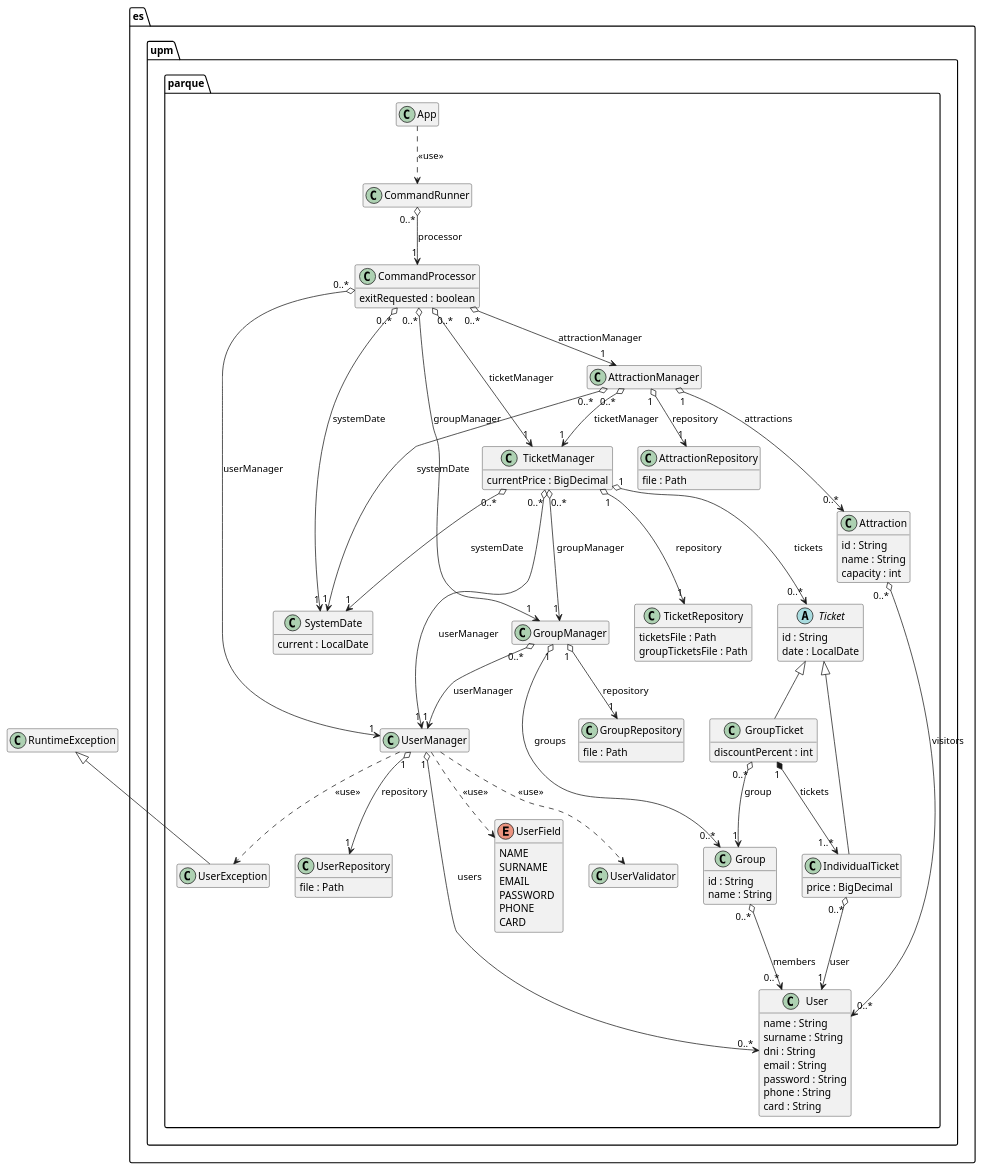
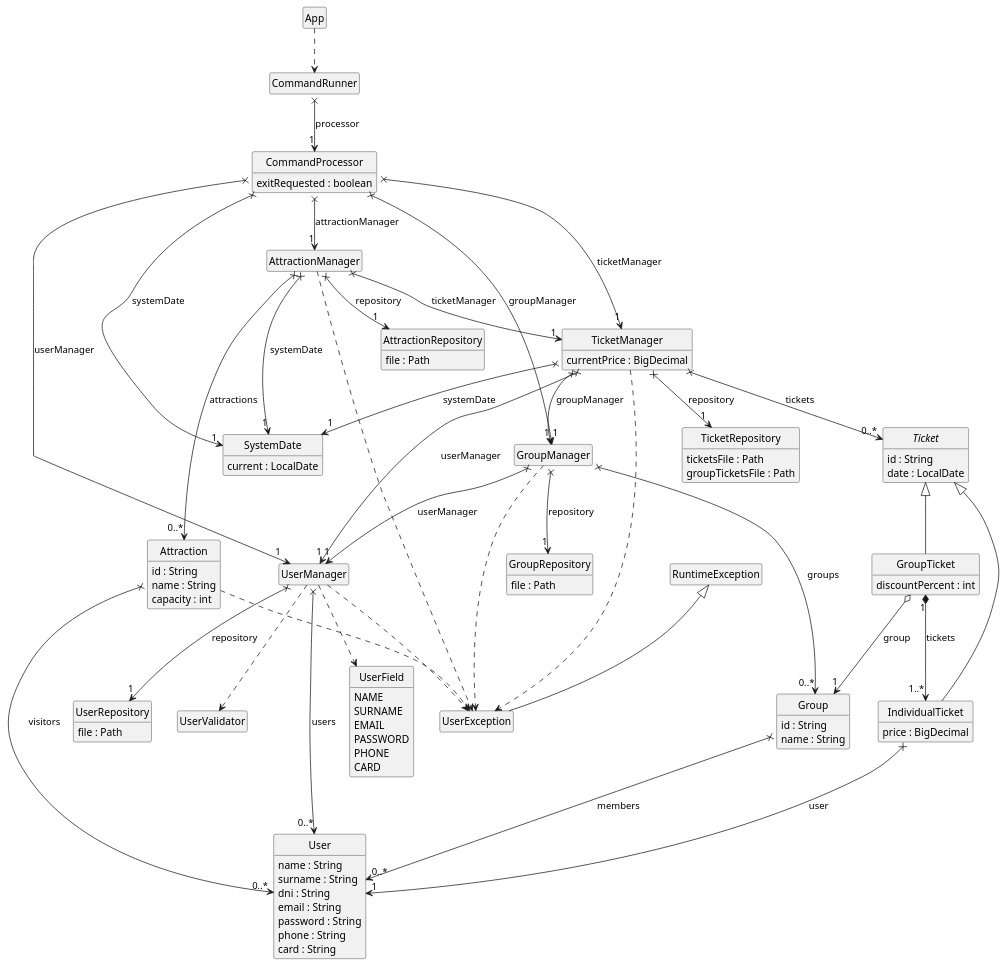
One commit to skai-upm/caise27 changed the diagram in uml/model.puml. Above: the diagram before and after it, drawn with PlantUML. The commit also changed 7 other files, not shown here.

```diff
--- a/uml/model.puml
+++ b/uml/model.puml
@@ -1,129 +1,139 @@
 @startuml model
-' Amusement park - class model (Delivery 2: users, groups, tickets, attractions, system date)
+' Amusement park - class model of the current implementation (package es.upm.parque)
 hide empty members
+hide circle
 skinparam classAttributeIconSize 0
 
-package es.upm.parque {
+class App
 
-  class App
+class CommandRunner
 
-  class CommandRunner
-
-  class CommandProcessor {
-    exitRequested : boolean
-  }
-
-  class SystemDate {
-    current : LocalDate
-  }
-
-  class UserManager
-
-  class GroupManager
-
-  class UserRepository {
-    file : Path
-  }
-
-  class GroupRepository {
-    file : Path
-  }
-
-  class TicketManager {
-    currentPrice : BigDecimal
-  }
-
-  class TicketRepository {
-    ticketsFile : Path
-    groupTicketsFile : Path
-  }
-
-  class User {
-    name : String
-    surname : String
-    dni : String
-    email : String
-    password : String
-    phone : String
-    card : String
-  }
-
-  enum UserField {
-    NAME
-    SURNAME
-    EMAIL
-    PASSWORD
-    PHONE
-    CARD
-  }
-
-  class Group {
-    id : String
-    name : String
-  }
-
-  class AttractionManager
-
-  class AttractionRepository {
-    file : Path
-  }
-
-  class Attraction {
-    id : String
-    name : String
-    capacity : int
-  }
-
-  abstract class Ticket {
-    id : String
-    date : LocalDate
-  }
-
-  class IndividualTicket {
-    price : BigDecimal
-  }
-
-  class GroupTicket {
-    discountPercent : int
-  }
-
-  class UserException
-
-  class UserValidator
+class CommandProcessor {
+  exitRequested : boolean
 }
 
-CommandRunner "0..*" o--> "1" CommandProcessor : processor
-CommandProcessor "0..*" o--> "1" UserManager : userManager
-CommandProcessor "0..*" o--> "1" GroupManager : groupManager
-CommandProcessor "0..*" o--> "1" TicketManager : ticketManager
-CommandProcessor "0..*" o--> "1" SystemDate : systemDate
-UserManager "1" o--> "1" UserRepository : repository
-UserManager "1" o--> "0..*" User : users
-GroupManager "1" o--> "1" GroupRepository : repository
-GroupManager "0..*" o--> "1" UserManager : userManager
-GroupManager "1" o--> "0..*" Group : groups
-Group "0..*" o--> "0..*" User : members
-TicketManager "1" o--> "1" TicketRepository : repository
-TicketManager "0..*" o--> "1" UserManager : userManager
-TicketManager "0..*" o--> "1" GroupManager : groupManager
-TicketManager "0..*" o--> "1" SystemDate : systemDate
-TicketManager "1" o--> "0..*" Ticket : tickets
+class SystemDate {
+  current : LocalDate
+}
+
+class UserManager
+
+class UserRepository {
+  file : Path
+}
+
+class UserValidator
+
+class UserException
+
+class User {
+  name : String
+  surname : String
+  dni : String
+  email : String
+  password : String
+  phone : String
+  card : String
+}
+
+enum UserField {
+  NAME
+  SURNAME
+  EMAIL
+  PASSWORD
+  PHONE
+  CARD
+}
+
+class GroupManager
+
+class GroupRepository {
+  file : Path
+}
+
+class Group {
+  id : String
+  name : String
+}
+
+class TicketManager {
+  currentPrice : BigDecimal
+}
+
+class TicketRepository {
+  ticketsFile : Path
+  groupTicketsFile : Path
+}
+
+abstract class Ticket {
+  id : String
+  date : LocalDate
+}
+
+class IndividualTicket {
+  price : BigDecimal
+}
+
+class GroupTicket {
+  discountPercent : int
+}
+
+class AttractionManager
+
+class AttractionRepository {
+  file : Path
+}
+
+class Attraction {
+  id : String
+  name : String
+  capacity : int
+}
+
+' Inheritance
 Ticket <|-- IndividualTicket
 Ticket <|-- GroupTicket
-IndividualTicket "0..*" o--> "1" User : user
-GroupTicket "0..*" o--> "1" Group : group
-GroupTicket "1" *--> "1..*" IndividualTicket : tickets
-CommandProcessor "0..*" o--> "1" AttractionManager : attractionManager
-AttractionManager "1" o--> "1" AttractionRepository : repository
-AttractionManager "0..*" o--> "1" TicketManager : ticketManager
-AttractionManager "0..*" o--> "1" SystemDate : systemDate
-AttractionManager "1" o--> "0..*" Attraction : attractions
-Attraction "0..*" o--> "0..*" User : visitors
-
-App ..> CommandRunner : <<use>>
-UserManager ..> UserField : <<use>>
-UserManager ..> UserValidator : <<use>>
-UserManager ..> UserException : <<use>>
 RuntimeException <|-- UserException
 
+' Associations (cross = holder of the attribute, arrow = navigable end)
+CommandRunner x--> "1" CommandProcessor : processor
+CommandProcessor x--> "1" UserManager : userManager
+CommandProcessor x--> "1" GroupManager : groupManager
+CommandProcessor x--> "1" TicketManager : ticketManager
+CommandProcessor x--> "1" AttractionManager : attractionManager
+CommandProcessor x--> "1" SystemDate : systemDate
+
+UserManager x--> "1" UserRepository : repository
+UserManager x--> "0..*" User : users
+
+GroupManager x--> "1" GroupRepository : repository
+GroupManager x--> "1" UserManager : userManager
+GroupManager x--> "0..*" Group : groups
+Group x--> "0..*" User : members
+
+TicketManager x--> "1" TicketRepository : repository
+TicketManager x--> "1" UserManager : userManager
+TicketManager x--> "1" GroupManager : groupManager
+TicketManager x--> "1" SystemDate : systemDate
+TicketManager x--> "0..*" Ticket : tickets
+IndividualTicket x--> "1" User : user
+GroupTicket o--> "1" Group : group
+GroupTicket "1" *--> "1..*" IndividualTicket : tickets
+
+AttractionManager x--> "1" AttractionRepository : repository
+AttractionManager x--> "1" TicketManager : ticketManager
+AttractionManager x--> "1" SystemDate : systemDate
+AttractionManager x--> "0..*" Attraction : attractions
+Attraction x--> "0..*" User : visitors
+
+' Usage of classes without incoming relationships
+App ..> CommandRunner
+UserManager ..> UserValidator
+UserManager ..> UserField
+UserManager ..> UserException
+GroupManager ..> UserException
+TicketManager ..> UserException
+AttractionManager ..> UserException
+Attraction ..> UserException
+
 @enduml
```
